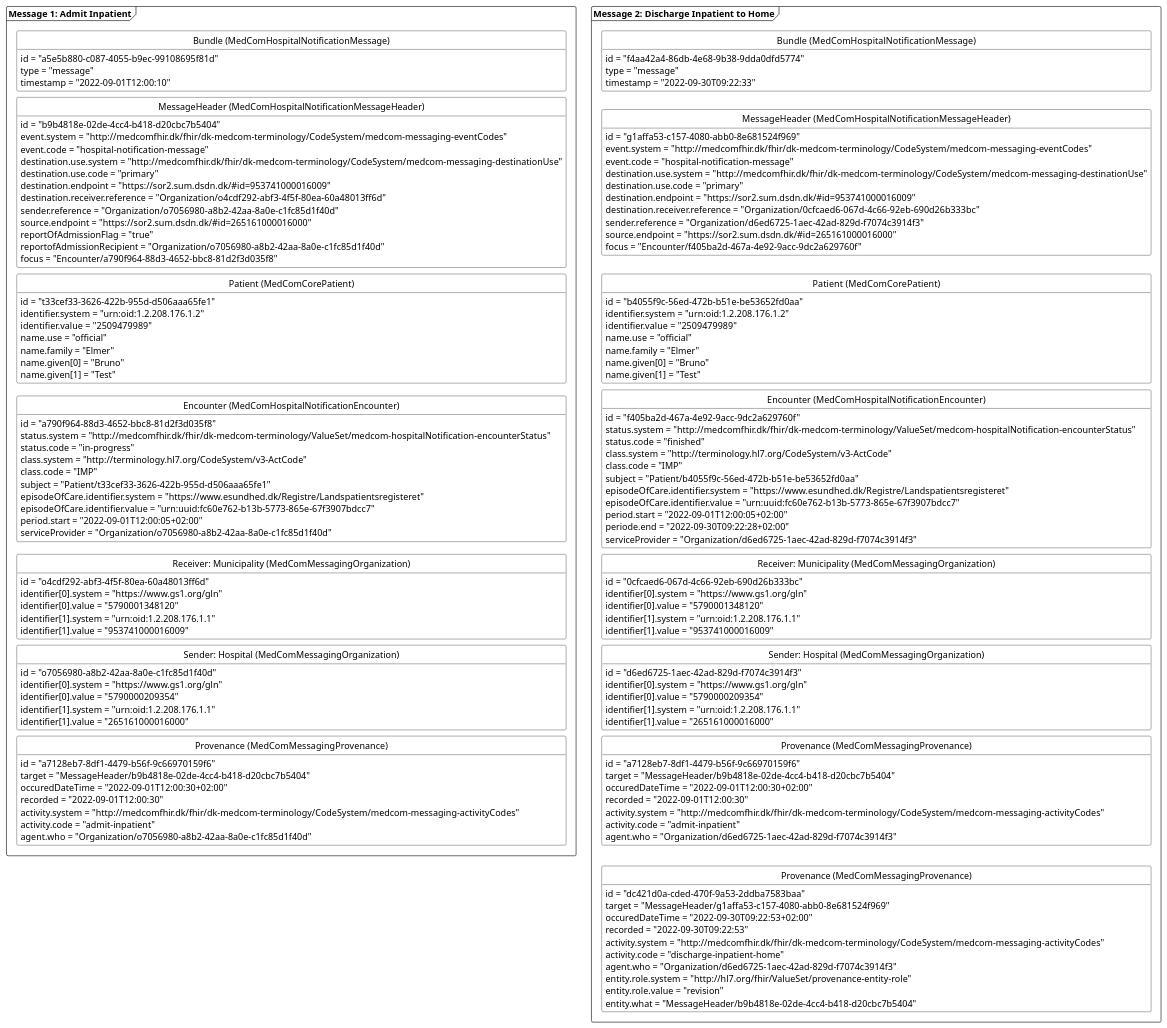
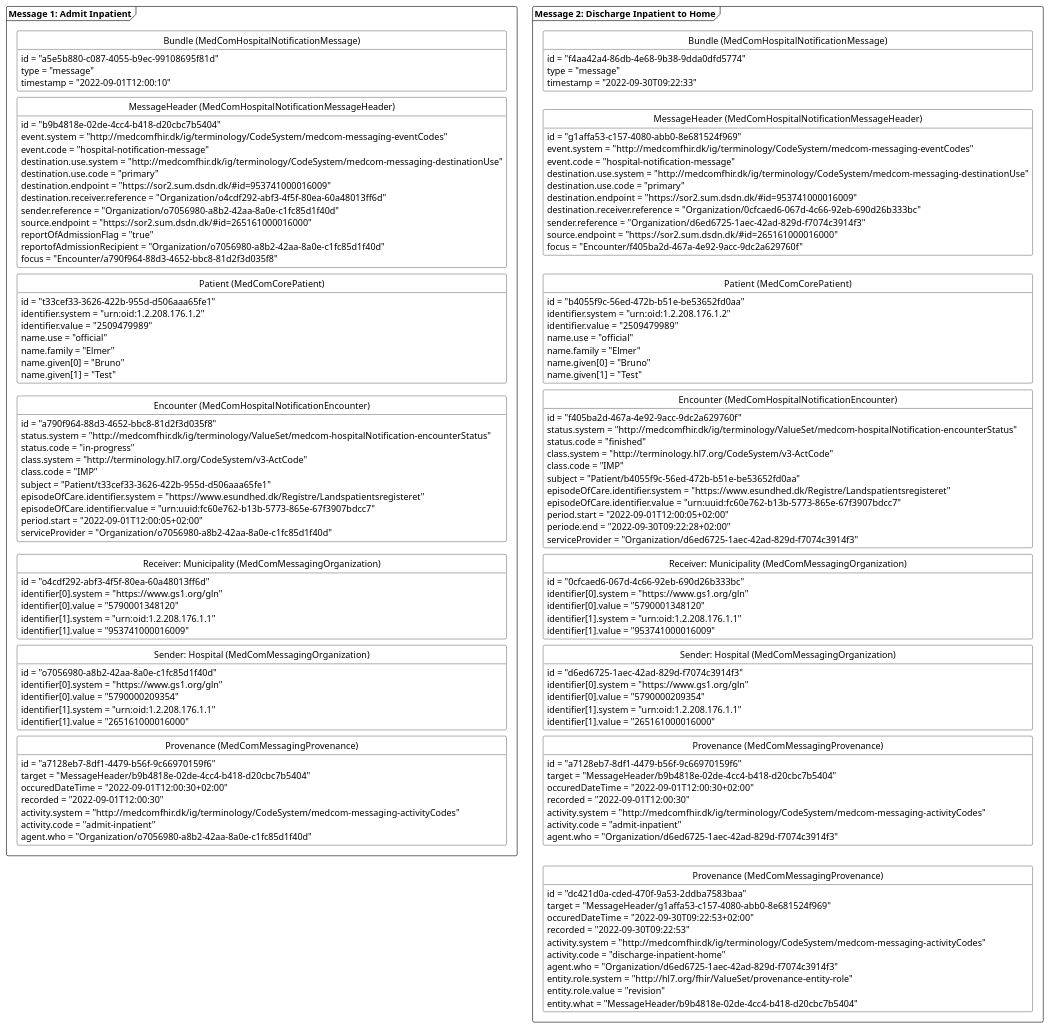
One commit to medcomdk/dk-medcom-hospitalnotification changed the diagram in puml/HospitalNotificationAdmitFinish.puml. Above: the diagram before and after it, drawn with PlantUML. The commit also changed 9 other files, not shown here.

```diff
--- a/puml/HospitalNotificationAdmitFinish.puml
+++ b/puml/HospitalNotificationAdmitFinish.puml
@@ -1,176 +1,176 @@
 @startuml HNAdmitInPat
 
 'layout
 skinparam class {
     BackgroundColor White
     BorderColor Black
     ArrowColor Black
   }
 hide circle
 hide empty members
 skinparam SameClassWidth true
 skinparam Ranksep 10
 
 'Message 1: Admit inpatient
 package "Message 1: Admit Inpatient" as admit <<Frame>>{
     class "Bundle (MedComHospitalNotificationMessage)" as admitB{
         id = "a5e5b880-c087-4055-b9ec-99108695f81d"
         type = "message"
         timestamp = "2022-09-01T12:00:10"
     }
     class "MessageHeader (MedComHospitalNotificationMessageHeader)" as admitMH{
         id = "b9b4818e-02de-4cc4-b418-d20cbc7b5404"
-        event.system = "http://medcomfhir.dk/fhir/dk-medcom-terminology/CodeSystem/medcom-messaging-eventCodes"
+        event.system = "http://medcomfhir.dk/ig/terminology/CodeSystem/medcom-messaging-eventCodes"
         event.code = "hospital-notification-message"
-        destination.use.system = "http://medcomfhir.dk/fhir/dk-medcom-terminology/CodeSystem/medcom-messaging-destinationUse"
+        destination.use.system = "http://medcomfhir.dk/ig/terminology/CodeSystem/medcom-messaging-destinationUse"
         destination.use.code = "primary"
         destination.endpoint = "https://sor2.sum.dsdn.dk/#id=953741000016009"
         destination.receiver.reference = "Organization/o4cdf292-abf3-4f5f-80ea-60a48013ff6d"
         sender.reference = "Organization/o7056980-a8b2-42aa-8a0e-c1fc85d1f40d"
         source.endpoint = "https://sor2.sum.dsdn.dk/#id=265161000016000"
         reportOfAdmissionFlag = "true"
         reportofAdmissionRecipient = "Organization/o7056980-a8b2-42aa-8a0e-c1fc85d1f40d"
         focus = "Encounter/a790f964-88d3-4652-bbc8-81d2f3d035f8"
     }
     class "Patient (MedComCorePatient)" as admitPT{
         id = "t33cef33-3626-422b-955d-d506aaa65fe1"
         identifier.system = "urn:oid:1.2.208.176.1.2"
         identifier.value = "2509479989"
         name.use = "official"
         name.family = "Elmer"
         name.given[0] = "Bruno"
         name.given[1] = "Test"
     }
     class "Encounter (MedComHospitalNotificationEncounter)" as admitENC{
         id = "a790f964-88d3-4652-bbc8-81d2f3d035f8"
-        status.system = "http://medcomfhir.dk/fhir/dk-medcom-terminology/ValueSet/medcom-hospitalNotification-encounterStatus"
+        status.system = "http://medcomfhir.dk/ig/terminology/ValueSet/medcom-hospitalNotification-encounterStatus"
         status.code = "in-progress"
         class.system = "http://terminology.hl7.org/CodeSystem/v3-ActCode"
         class.code = "IMP"
         subject = "Patient/t33cef33-3626-422b-955d-d506aaa65fe1"
         episodeOfCare.identifier.system = "https://www.esundhed.dk/Registre/Landspatientsregisteret"
         episodeOfCare.identifier.value = "urn:uuid:fc60e762-b13b-5773-865e-67f3907bdcc7"
         period.start = "2022-09-01T12:00:05+02:00"
         serviceProvider = "Organization/o7056980-a8b2-42aa-8a0e-c1fc85d1f40d"
     }    
     class "Receiver: Municipality (MedComMessagingOrganization)" as admitROrg{
         id = "o4cdf292-abf3-4f5f-80ea-60a48013ff6d"
         identifier[0].system = "https://www.gs1.org/gln"
         identifier[0].value = "5790001348120"
         identifier[1].system = "urn:oid:1.2.208.176.1.1"
         identifier[1].value = "953741000016009"
     }
     class "Sender: Hospital (MedComMessagingOrganization)" as admitSOrg{
         id = "o7056980-a8b2-42aa-8a0e-c1fc85d1f40d"
         identifier[0].system = "https://www.gs1.org/gln"
         identifier[0].value = "5790000209354"
         identifier[1].system = "urn:oid:1.2.208.176.1.1"
         identifier[1].value = "265161000016000"
     }
     class "Provenance  (MedComMessagingProvenance)" as admitPRO{
         id = "a7128eb7-8df1-4479-b56f-9c66970159f6"
         target = "MessageHeader/b9b4818e-02de-4cc4-b418-d20cbc7b5404"
         occuredDateTime = "2022-09-01T12:00:30+02:00"
         recorded = "2022-09-01T12:00:30"
-        activity.system = "http://medcomfhir.dk/fhir/dk-medcom-terminology/CodeSystem/medcom-messaging-activityCodes"
+        activity.system = "http://medcomfhir.dk/ig/terminology/CodeSystem/medcom-messaging-activityCodes"
         activity.code = "admit-inpatient"
         agent.who = "Organization/o7056980-a8b2-42aa-8a0e-c1fc85d1f40d"
     }
 
 admitB -[hidden]- admitMH
 admitMH-[hidden]-admitPT
 admitPT-[hidden]-admitENC
 admitENC-[hidden]-admitROrg
 admitROrg-[hidden]-admitSOrg
 admitSOrg-[hidden]-admitPRO
 }
 
 package "Message 2: Discharge Inpatient to Home" as finished <<Frame>>{
     class "Bundle  (MedComHospitalNotificationMessage)" as finishedB{
         id = "f4aa42a4-86db-4e68-9b38-9dda0dfd5774"
         type = "message"
         timestamp = "2022-09-30T09:22:33"
     }
     class "MessageHeader  (MedComHospitalNotificationMessageHeader)" as finishedMH{
         id = "g1affa53-c157-4080-abb0-8e681524f969"
-        event.system = "http://medcomfhir.dk/fhir/dk-medcom-terminology/CodeSystem/medcom-messaging-eventCodes"
+        event.system = "http://medcomfhir.dk/ig/terminology/CodeSystem/medcom-messaging-eventCodes"
         event.code = "hospital-notification-message"
-        destination.use.system = "http://medcomfhir.dk/fhir/dk-medcom-terminology/CodeSystem/medcom-messaging-destinationUse"
+        destination.use.system = "http://medcomfhir.dk/ig/terminology/CodeSystem/medcom-messaging-destinationUse"
         destination.use.code = "primary"
         destination.endpoint = "https://sor2.sum.dsdn.dk/#id=953741000016009"
         destination.receiver.reference = "Organization/0cfcaed6-067d-4c66-92eb-690d26b333bc"
         sender.reference = "Organization/d6ed6725-1aec-42ad-829d-f7074c3914f3"
         source.endpoint = "https://sor2.sum.dsdn.dk/#id=265161000016000"
         focus = "Encounter/f405ba2d-467a-4e92-9acc-9dc2a629760f"
     }
     class "Patient  (MedComCorePatient)" as finishedPT{
         id = "b4055f9c-56ed-472b-b51e-be53652fd0aa"
         identifier.system = "urn:oid:1.2.208.176.1.2"
         identifier.value = "2509479989"
         name.use = "official"
         name.family = "Elmer"
         name.given[0] = "Bruno"
         name.given[1] = "Test"
     }
     class "Encounter  (MedComHospitalNotificationEncounter)" as finishedENC{
         id = "f405ba2d-467a-4e92-9acc-9dc2a629760f"
-        status.system = "http://medcomfhir.dk/fhir/dk-medcom-terminology/ValueSet/medcom-hospitalNotification-encounterStatus"
+        status.system = "http://medcomfhir.dk/ig/terminology/ValueSet/medcom-hospitalNotification-encounterStatus"
         status.code = "finished"
         class.system = "http://terminology.hl7.org/CodeSystem/v3-ActCode"
         class.code = "IMP"
         subject = "Patient/b4055f9c-56ed-472b-b51e-be53652fd0aa"
         episodeOfCare.identifier.system = "https://www.esundhed.dk/Registre/Landspatientsregisteret"
         episodeOfCare.identifier.value = "urn:uuid:fc60e762-b13b-5773-865e-67f3907bdcc7"
         period.start = "2022-09-01T12:00:05+02:00"
         periode.end = "2022-09-30T09:22:28+02:00"
         serviceProvider = "Organization/d6ed6725-1aec-42ad-829d-f7074c3914f3"
     } 
     class "Receiver: Municipality (MedComMessagingOrganization)" as finishedROrg{
         id = "0cfcaed6-067d-4c66-92eb-690d26b333bc"
         identifier[0].system = "https://www.gs1.org/gln"
         identifier[0].value = "5790001348120"
         identifier[1].system = "urn:oid:1.2.208.176.1.1"
         identifier[1].value = "953741000016009"
     }
     class "Sender: Hospital (MedComMessagingOrganization)" as finishedSOrg{
         id = "d6ed6725-1aec-42ad-829d-f7074c3914f3"
         identifier[0].system = "https://www.gs1.org/gln"
         identifier[0].value = "5790000209354"
         identifier[1].system = "urn:oid:1.2.208.176.1.1"
         identifier[1].value = "265161000016000"
     } 
     class "Provenance (MedComMessagingProvenance)" as admitfinishedPRO{
         id = "a7128eb7-8df1-4479-b56f-9c66970159f6"
         target = "MessageHeader/b9b4818e-02de-4cc4-b418-d20cbc7b5404"
         occuredDateTime = "2022-09-01T12:00:30+02:00"
         recorded = "2022-09-01T12:00:30"
-        activity.system = "http://medcomfhir.dk/fhir/dk-medcom-terminology/CodeSystem/medcom-messaging-activityCodes"
+        activity.system = "http://medcomfhir.dk/ig/terminology/CodeSystem/medcom-messaging-activityCodes"
         activity.code = "admit-inpatient"
         agent.who = "Organization/d6ed6725-1aec-42ad-829d-f7074c3914f3"
     }
     class "Provenance (MedComMessagingProvenance)" as finishedPRO{
         id = "dc421d0a-cded-470f-9a53-2ddba7583baa"
         target = "MessageHeader/g1affa53-c157-4080-abb0-8e681524f969"
         occuredDateTime = "2022-09-30T09:22:53+02:00"
         recorded = "2022-09-30T09:22:53"
-        activity.system = "http://medcomfhir.dk/fhir/dk-medcom-terminology/CodeSystem/medcom-messaging-activityCodes"
+        activity.system = "http://medcomfhir.dk/ig/terminology/CodeSystem/medcom-messaging-activityCodes"
         activity.code = "discharge-inpatient-home"
         agent.who = "Organization/d6ed6725-1aec-42ad-829d-f7074c3914f3"
         entity.role.system = "http://hl7.org/fhir/ValueSet/provenance-entity-role"
         entity.role.value = "revision"
         entity.what = "MessageHeader/b9b4818e-02de-4cc4-b418-d20cbc7b5404"
     }
 finishedB-[hidden]-finishedMH
 finishedMH-[hidden]-finishedPT
 finishedPT-[hidden]-finishedENC
 finishedENC-[hidden]-finishedROrg
 finishedROrg-[hidden]-finishedSOrg
 finishedSOrg-[hidden]-admitfinishedPRO
 admitfinishedPRO-[hidden]-finishedPRO
 
 }
 ' pile mellem de to beskeder
 ' admit --> finished
 
 
 @enduml
```
